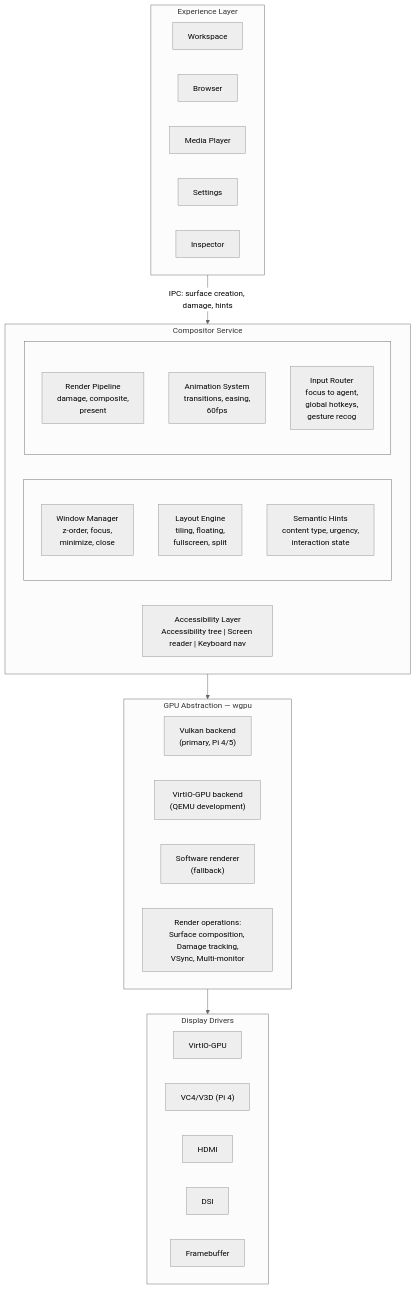
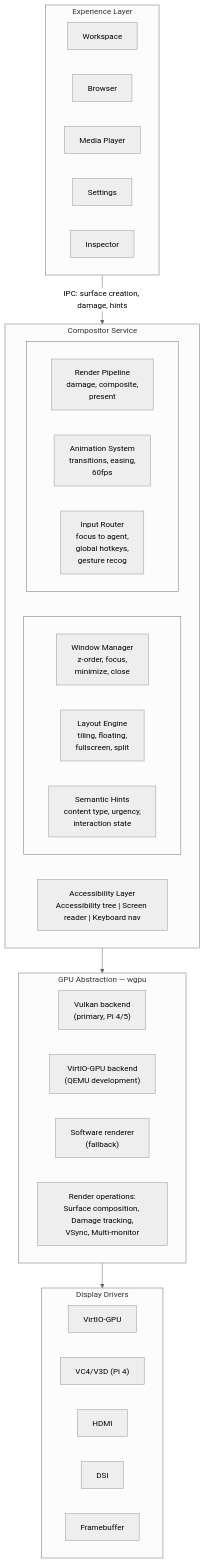
Before and after one commit to juslee/aios: the diagram in docs/platform/compositor.md, drawn with Mermaid (neutral theme). The commit also changed 24 other files, not shown here.

First line of the commit message:
Upgrade all 132 Mermaid diagrams to v11 syntax across 25 docs

````diff
--- a/docs/platform/compositor.md
+++ b/docs/platform/compositor.md
@@ -22,45 +22,67 @@
 ```mermaid
-graph TD
+flowchart TD
     subgraph Experience["Experience Layer"]
         Workspace
         Browser
         MediaPlayer["Media Player"]
         Settings
         Inspector
     end
 
     Experience -->|"IPC: surface creation, damage, hints"| Compositor
 
     subgraph Compositor["Compositor Service"]
         subgraph CoreModules[" "]
-            WM["Window Manager<br/>z-order, focus,<br/>minimize, close"]
-            LE["Layout Engine<br/>tiling, floating,<br/>fullscreen, split"]
-            SH["Semantic Hints<br/>content type, urgency,<br/>interaction state"]
+            direction LR
+            WM["`Window Manager
+z-order, focus,
+minimize, close`"]
+            LE["`Layout Engine
+tiling, floating,
+fullscreen, split`"]
+            SH["`Semantic Hints
+content type, urgency,
+interaction state`"]
         end
         subgraph PipelineModules[" "]
-            RP["Render Pipeline<br/>damage, composite,<br/>present"]
-            AS["Animation System<br/>transitions, easing,<br/>60fps"]
-            IR["Input Router<br/>focus to agent,<br/>global hotkeys,<br/>gesture recog"]
+            direction LR
+            RP["`Render Pipeline
+damage, composite,
+present`"]
+            AS["`Animation System
+transitions, easing,
+60fps`"]
+            IR["`Input Router
+focus to agent,
+global hotkeys,
+gesture recog`"]
         end
-        AL["Accessibility Layer<br/>Accessibility tree | Screen reader | Keyboard nav"]
+        AL["`Accessibility Layer
+Accessibility tree | Screen reader | Keyboard nav`"]
     end
 
     Compositor --> GPU
 
     subgraph GPU["GPU Abstraction — wgpu"]
-        Vulkan["Vulkan backend<br/>(primary, Pi 4/5)"]
-        VirtIOGPU["VirtIO-GPU backend<br/>(QEMU development)"]
-        SoftwareRenderer["Software renderer<br/>(fallback)"]
-        RenderOps["Render operations:<br/>Surface composition, Damage tracking,<br/>VSync, Multi-monitor"]
+        direction LR
+        Vulkan["`Vulkan backend
+(primary, Pi 4/5)`"]
+        VirtIOGPU["`VirtIO-GPU backend
+(QEMU development)`"]
+        SoftwareRenderer["`Software renderer
+(fallback)`"]
+        RenderOps["`Render operations:
+Surface composition, Damage tracking,
+VSync, Multi-monitor`"]
     end
 
     GPU --> Drivers
 
     subgraph Drivers["Display Drivers"]
         VirtIO["VirtIO-GPU"]
         VC4["VC4/V3D (Pi 4)"]
         HDMI
         DSI
         Framebuffer
     end
 ```
````
